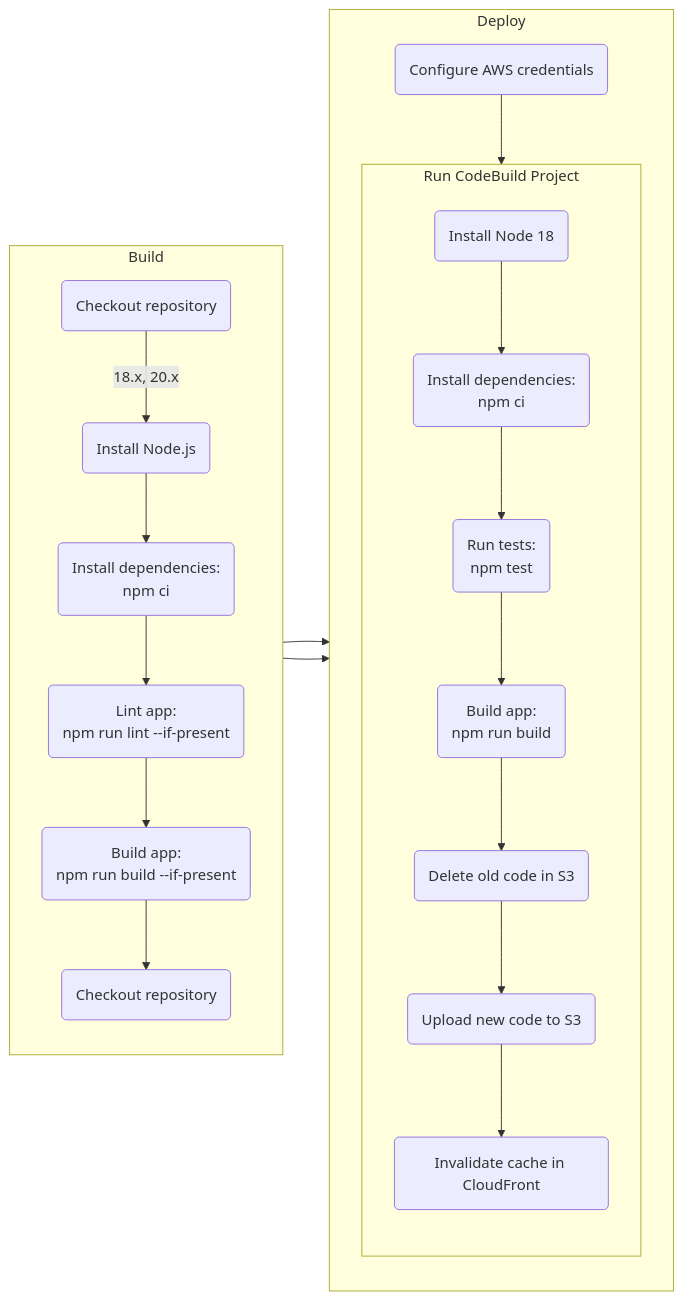
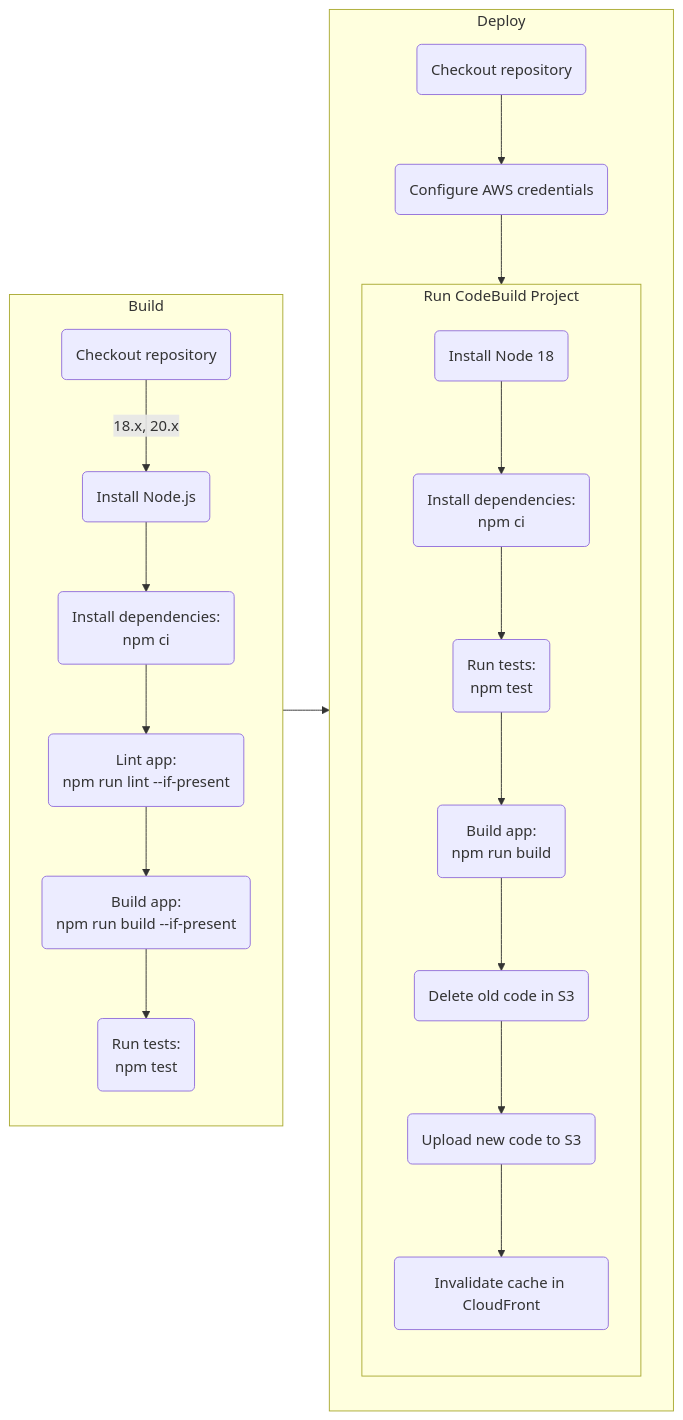
Before and after one commit to Abhiek187/aws-shop: the first of 4 diagrams in README.md, drawn with Mermaid.

````diff
--- a/README.md
+++ b/README.md
@@ -48,30 +48,30 @@
 ```mermaid
 flowchart LR
 
 A --> B
 
 subgraph A [Build]
 direction TB
 C(Checkout repository) -->|18.x, 20.x| D(Install Node.js)
 D --> E(Install dependencies:\nnpm ci)
 E --> F(Lint app:\nnpm run lint --if-present)
 F --> G(Build app:\nnpm run build --if-present)
 G --> H(Run tests:\nnpm test)
 end
 
 subgraph B [Deploy]
 direction TB
-H(Checkout repository) --> I(Configure AWS credentials)
-I --> J
+I(Checkout repository) --> J(Configure AWS credentials)
+J --> K
 end
 
-subgraph J [Run CodeBuild Project]
+subgraph K [Run CodeBuild Project]
 direction TB
-K(Install Node 18) --> L(Install dependencies:\nnpm ci)
-L --> M(Run tests:\nnpm test)
-M --> N(Build app:\nnpm run build)
-N --> O(Delete old code in S3)
-O --> P(Upload new code to S3)
-P --> Q(Invalidate cache in CloudFront)
+L(Install Node 18) --> M(Install dependencies:\nnpm ci)
+M --> N(Run tests:\nnpm test)
+N --> O(Build app:\nnpm run build)
+O --> P(Delete old code in S3)
+P --> Q(Upload new code to S3)
+Q --> R(Invalidate cache in CloudFront)
 end
 ```
````
